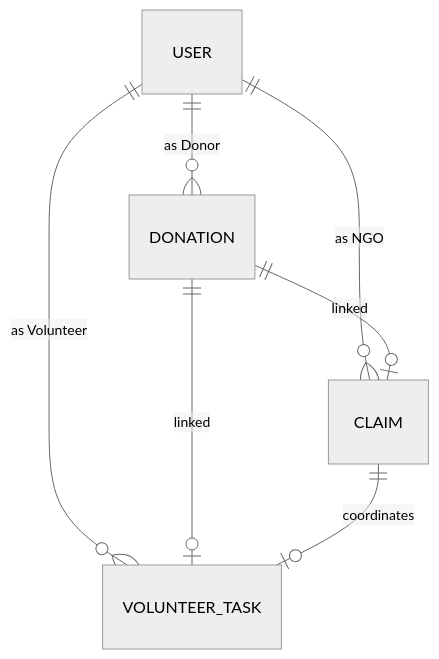
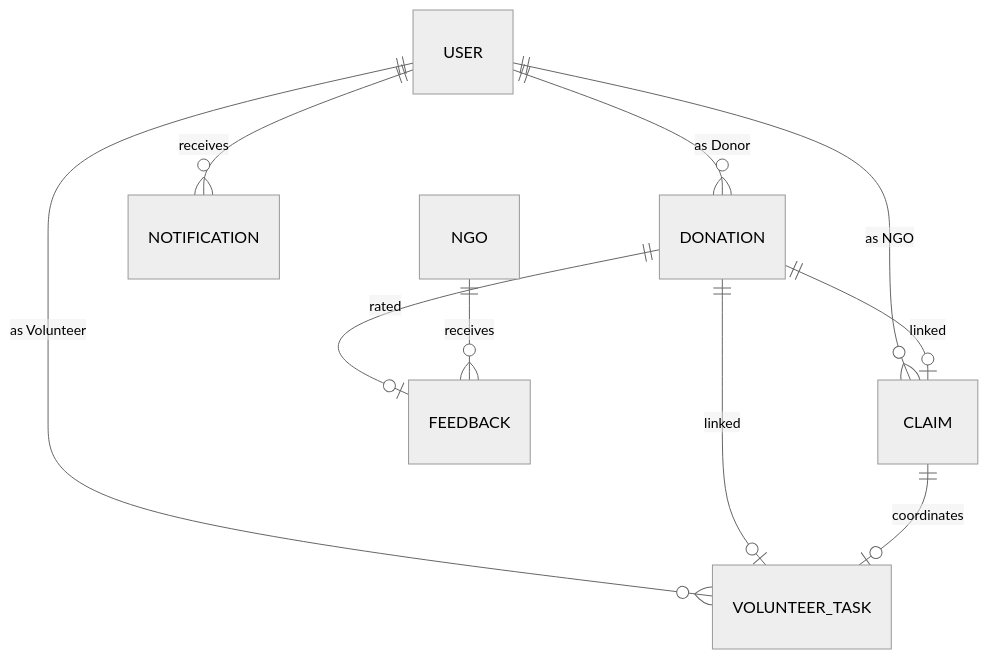
One commit to Vincentmx2000/Food-Rescue changed the diagram in FINAL_DOCUMENTATION.md. Above: the diagram before and after it, drawn with Mermaid (neutral theme). The commit also changed other lines of this file and 151 other files, not shown here.

````diff
--- a/FINAL_DOCUMENTATION.md
+++ b/FINAL_DOCUMENTATION.md
@@ -153,9 +157,12 @@
 ```mermaid
 erDiagram
     USER ||--o{ DONATION : "as Donor"
     USER ||--o{ CLAIM : "as NGO"
     USER ||--o{ VOLUNTEER_TASK : "as Volunteer"
+    USER ||--o{ NOTIFICATION : "receives"
     DONATION ||--o| CLAIM : "linked"
     DONATION ||--o| VOLUNTEER_TASK : "linked"
+    DONATION ||--o| FEEDBACK : "rated"
     CLAIM ||--o| VOLUNTEER_TASK : "coordinates"
+    NGO ||--o{ FEEDBACK : "receives"
 ```
````
